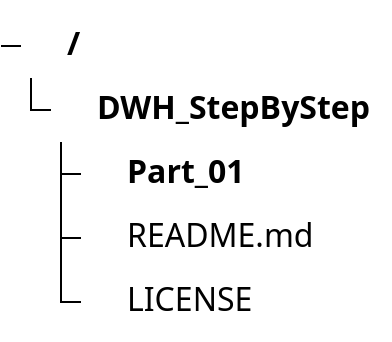
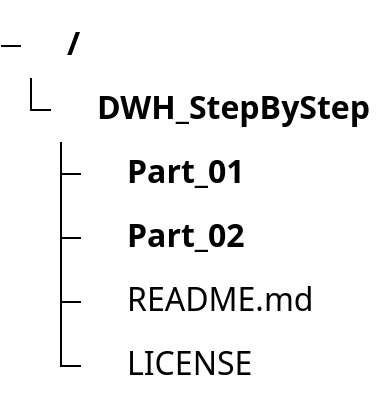
The diagram in README.md (dyacc11/DWH-StepByStep), drawn with Mermaid before and after one commit. The commit also changed other lines of this file and 16 other files, not shown here.

````diff
--- a/README.md
+++ b/README.md
@@ -13,12 +13,13 @@
 ```mermaid
 ---
 config:
   treeView:
     showIcons: true
 ---
 treeView-beta
   DWH_StepByStep/
     Part_01/
+    Part_02/
     README.md
     LICENSE
 ```
````
